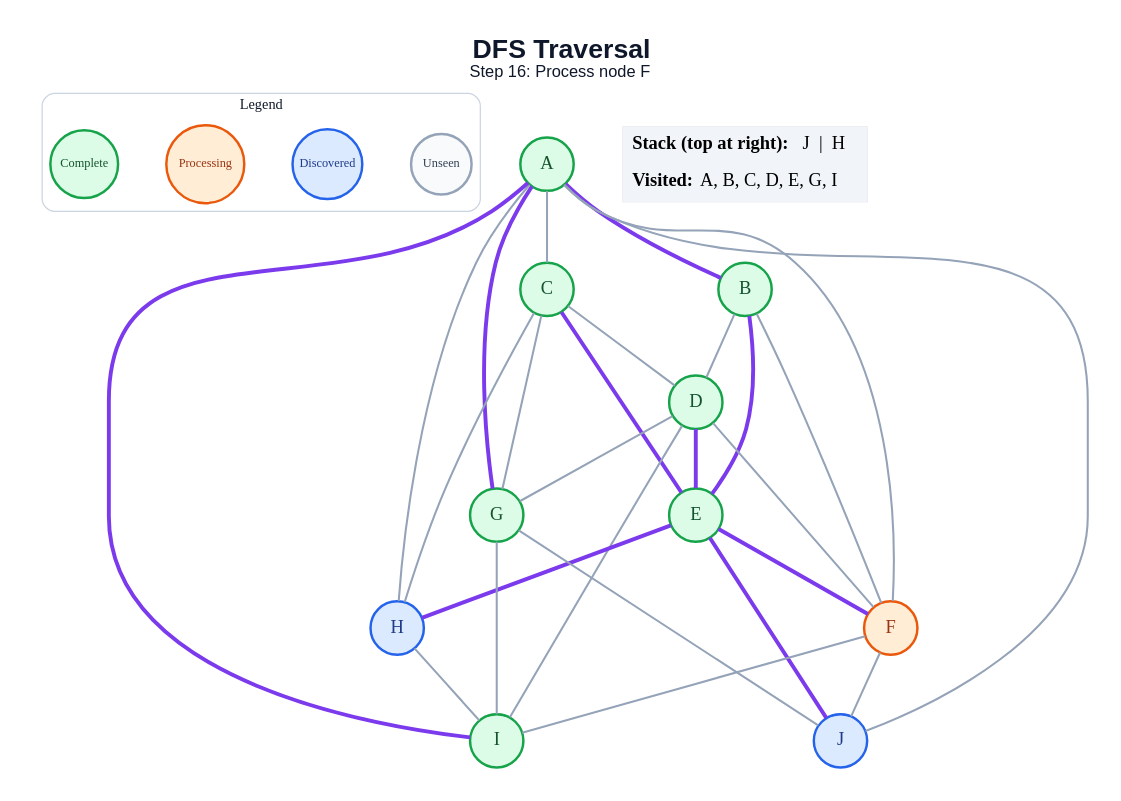
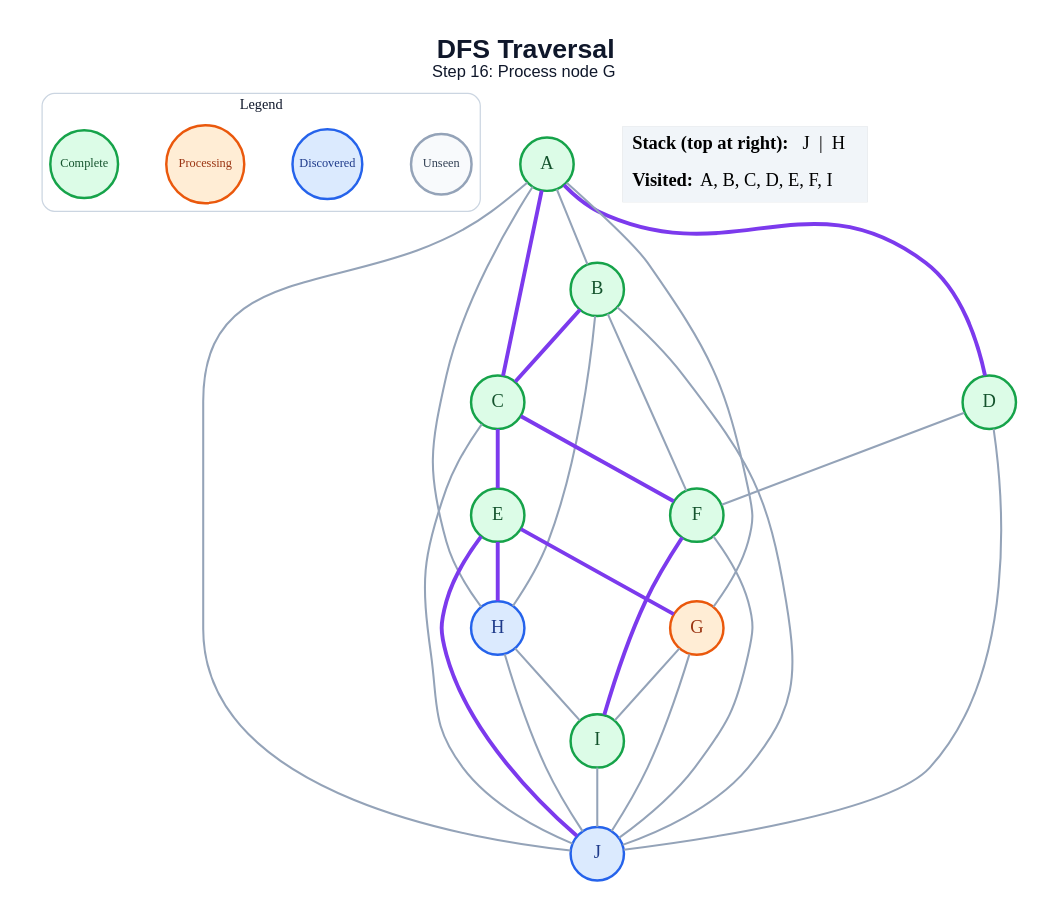
The diagram in generated/specific-node/dfs/step_16.dot (anon7238593-create/ai-slop), drawn with Graphviz before and after one commit. The commit also changed 178 other files, not shown here.

```diff
--- a/generated/specific-node/dfs/step_16.dot
+++ b/generated/specific-node/dfs/step_16.dot
@@ -1,55 +1,54 @@
 graph traversal {
   graph [layout=dot, rankdir=TB, bgcolor="#FFFFFF", pad="0.35", nodesep="0.65", ranksep="0.8", fontname="Arial"];
   node [shape=circle, style="filled", fontname="Arial Bold", fontsize=18, width=0.72, fixedsize=true, penwidth=2.4];
   edge [color="#94A3B8", penwidth=2.0];
-  label=<<B>DFS Traversal</B><BR/><FONT POINT-SIZE="16">Step 16: Process node F</FONT>>; labelloc="t"; fontsize=26; fontname="Arial"; fontcolor="#0F172A";
+  label=<<B>DFS Traversal</B><BR/><FONT POINT-SIZE="16">Step 16: Process node G</FONT>>; labelloc="t"; fontsize=26; fontname="Arial"; fontcolor="#0F172A";
   subgraph cluster_legend { label="Legend"; color="#CBD5E1"; penwidth=1.2; style="rounded"; fontsize=14; fontname="Arial Bold";
     key_unseen [label="Unseen", fillcolor="#F8FAFC", color="#94A3B8", fontcolor="#334155", fontsize=12, width=0.82];
     key_frontier [label="Discovered", fillcolor="#DBEAFE", color="#2563EB", fontcolor="#1E3A8A", fontsize=12, width=0.95];
     key_current [label="Processing", fillcolor="#FFEDD5", color="#EA580C", fontcolor="#9A3412", fontsize=12, width=1.05];
     key_done [label="Complete", fillcolor="#DCFCE7", color="#16A34A", fontcolor="#14532D", fontsize=12, width=0.92];
     { rank=same; key_unseen; key_frontier; key_current; key_done; }
   }
   A [fillcolor="#DCFCE7", color="#16A34A", fontcolor="#14532D"];
   B [fillcolor="#DCFCE7", color="#16A34A", fontcolor="#14532D"];
   C [fillcolor="#DCFCE7", color="#16A34A", fontcolor="#14532D"];
   D [fillcolor="#DCFCE7", color="#16A34A", fontcolor="#14532D"];
   E [fillcolor="#DCFCE7", color="#16A34A", fontcolor="#14532D"];
-  F [fillcolor="#FFEDD5", color="#EA580C", fontcolor="#9A3412"];
-  G [fillcolor="#DCFCE7", color="#16A34A", fontcolor="#14532D"];
+  F [fillcolor="#DCFCE7", color="#16A34A", fontcolor="#14532D"];
+  G [fillcolor="#FFEDD5", color="#EA580C", fontcolor="#9A3412"];
   H [fillcolor="#DBEAFE", color="#2563EB", fontcolor="#1E3A8A"];
   I [fillcolor="#DCFCE7", color="#16A34A", fontcolor="#14532D"];
   J [fillcolor="#DBEAFE", color="#2563EB", fontcolor="#1E3A8A"];
-  A -- B [color="#7C3AED", penwidth=3.8];
-  A -- C;
-  A -- F;
-  A -- G [color="#7C3AED", penwidth=3.8];
+  A -- B;
+  A -- C [color="#7C3AED", penwidth=3.8];
+  A -- D [color="#7C3AED", penwidth=3.8];
+  A -- G;
   A -- H;
-  A -- I [color="#7C3AED", penwidth=3.8];
   A -- J;
-  B -- D;
-  B -- E [color="#7C3AED", penwidth=3.8];
+  B -- C [color="#7C3AED", penwidth=3.8];
   B -- F;
-  C -- D;
+  B -- H;
+  B -- J;
   C -- E [color="#7C3AED", penwidth=3.8];
-  C -- G;
-  C -- H;
-  D -- E [color="#7C3AED", penwidth=3.8];
+  C -- F [color="#7C3AED", penwidth=3.8];
+  C -- J;
   D -- F;
-  D -- G;
-  D -- I;
-  E -- F [color="#7C3AED", penwidth=3.8];
+  D -- J;
+  E -- G [color="#7C3AED", penwidth=3.8];
   E -- H [color="#7C3AED", penwidth=3.8];
   E -- J [color="#7C3AED", penwidth=3.8];
-  F -- I;
+  F -- I [color="#7C3AED", penwidth=3.8];
   F -- J;
   G -- I;
   G -- J;
   H -- I;
+  H -- J;
+  I -- J;
   status [shape=plain, fixedsize=false, width=0, height=0, margin=0, label=<
     <TABLE BORDER="0" CELLBORDER="0" CELLPADDING="7" BGCOLOR="#F1F5F9">
       <TR><TD ALIGN="LEFT"><B>Stack (top at right):</B> J  |  H</TD></TR>
-      <TR><TD ALIGN="LEFT"><B>Visited:</B> A, B, C, D, E, G, I</TD></TR>
+      <TR><TD ALIGN="LEFT"><B>Visited:</B> A, B, C, D, E, F, I</TD></TR>
     </TABLE>
   >];
 }
```
